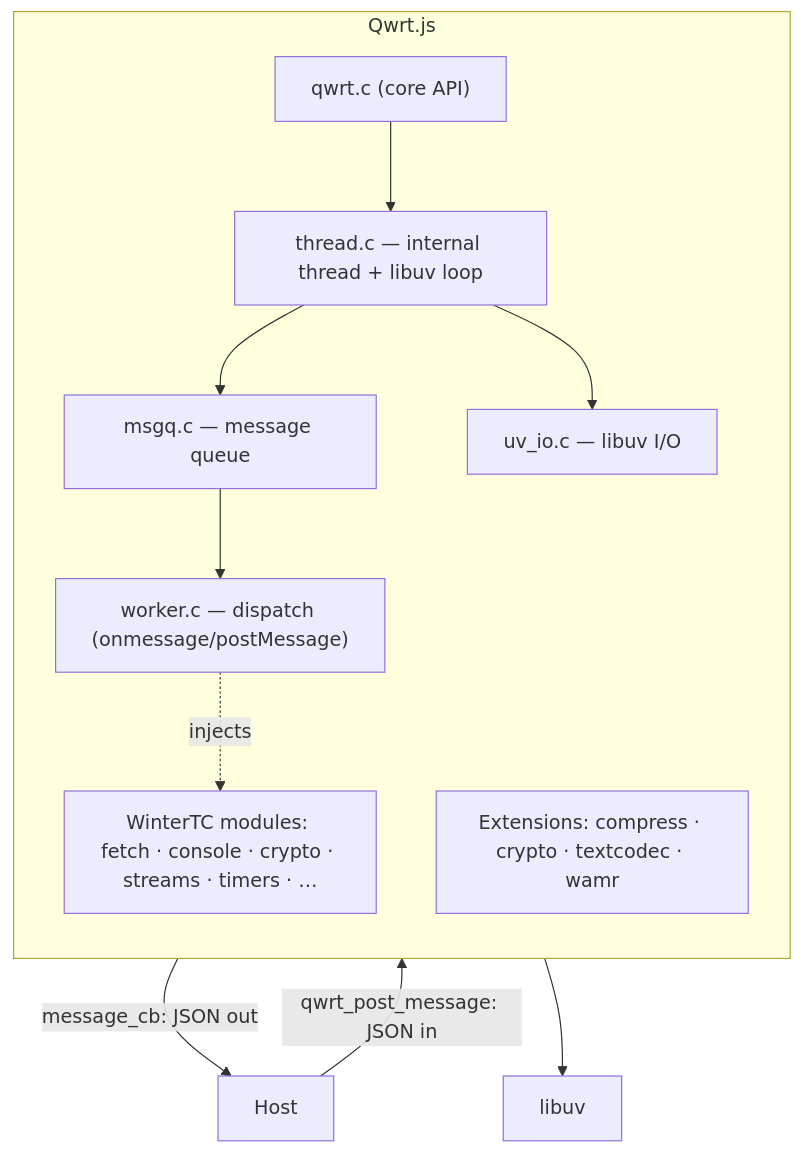
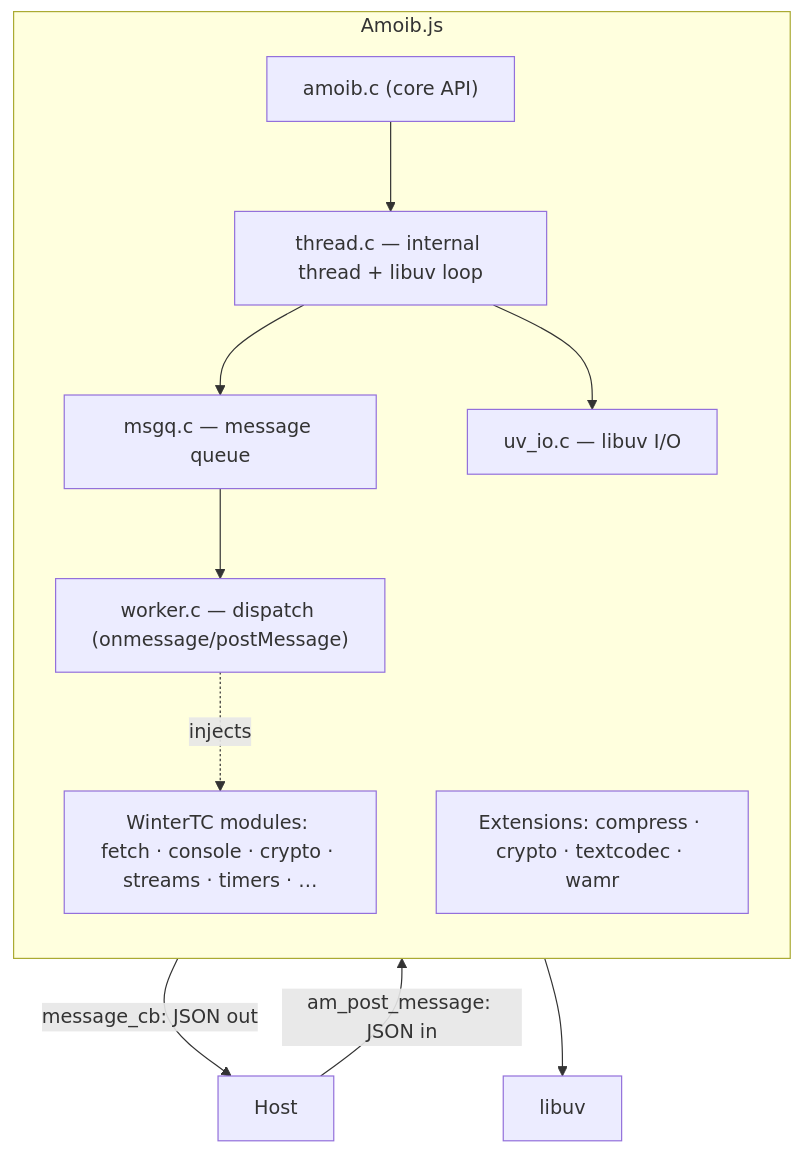
The diagram in docs/index.md (adam-ikari/qwrt), drawn with Mermaid before and after one commit. The commit also changed other lines of this file and 357 other files, not shown here.

First line of the commit message:
chore: 项目改名为 amoib（Amoib.js）—— API 前缀 qwrt_→am_，宏 QWRT_→AM_

````diff
--- a/docs/index.md
+++ b/docs/index.md
@@ -73,21 +73,21 @@
 ```mermaid
 flowchart TB
-    subgraph QWRT["Qwrt.js"]
+    subgraph AM["Amoib.js"]
         direction TB
-        Core["qwrt.c (core API)"]
+        Core["amoib.c (core API)"]
         Thread["thread.c — internal thread + libuv loop"]
         Msgq["msgq.c — message queue"]
         Worker["worker.c — dispatch (onmessage/postMessage)"]
         UvIO["uv_io.c — libuv I/O"]
         Core --> Thread
         Thread --> Msgq
         Msgq --> Worker
         Thread --> UvIO
         JS["WinterTC modules: fetch · console · crypto · streams · timers · …"]
         ExtList["Extensions: compress · crypto · textcodec · wamr"]
         Worker -.injects.-> JS
     end
-    HOST["Host"] -->|"qwrt_post_message: JSON in"| Msgq
+    HOST["Host"] -->|"am_post_message: JSON in"| Msgq
     Worker -->|"message_cb: JSON out"| HOST
     UvIO --> LIBUV["libuv"]
 ```
````
